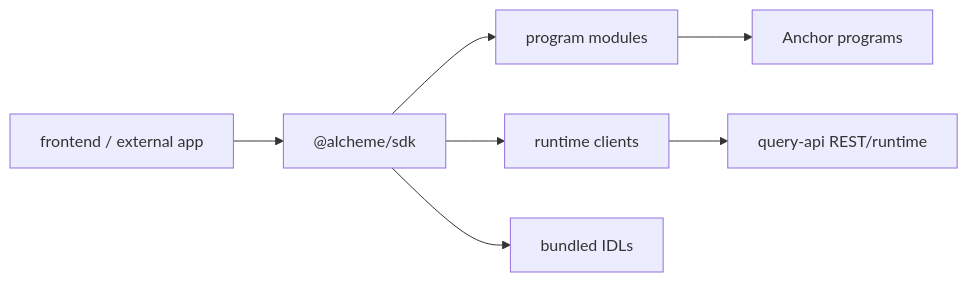
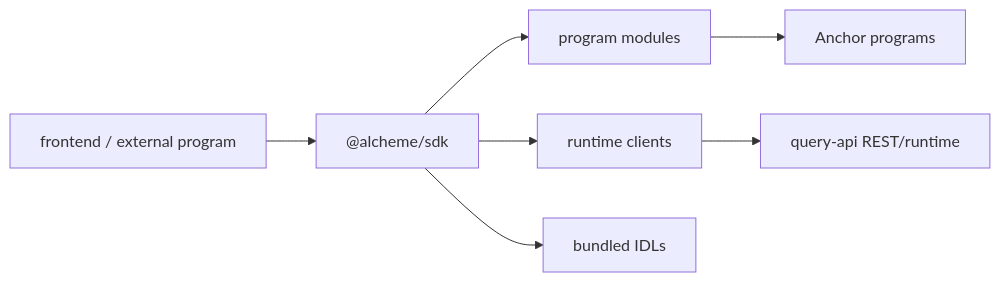
Before and after one commit to alcheme-labs/alcheme-protocol: the first of 2 diagrams in sdk/README.md, drawn with Mermaid. The commit also changed other lines of this file and 18 other files, not shown here.

Commit message:
Document external program integration quickstart

````diff
--- a/sdk/README.md
+++ b/sdk/README.md
@@ -9,9 +11,9 @@
 ```mermaid
 flowchart LR
-    app["frontend / external app"] --> sdk["@alcheme/sdk"]
+    app["frontend / external program"] --> sdk["@alcheme/sdk"]
     sdk --> modules["program modules"]
     sdk --> runtime["runtime clients"]
     modules --> programs["Anchor programs"]
     runtime --> query["query-api REST/runtime"]
     sdk --> idl["bundled IDLs"]
 ```
````
